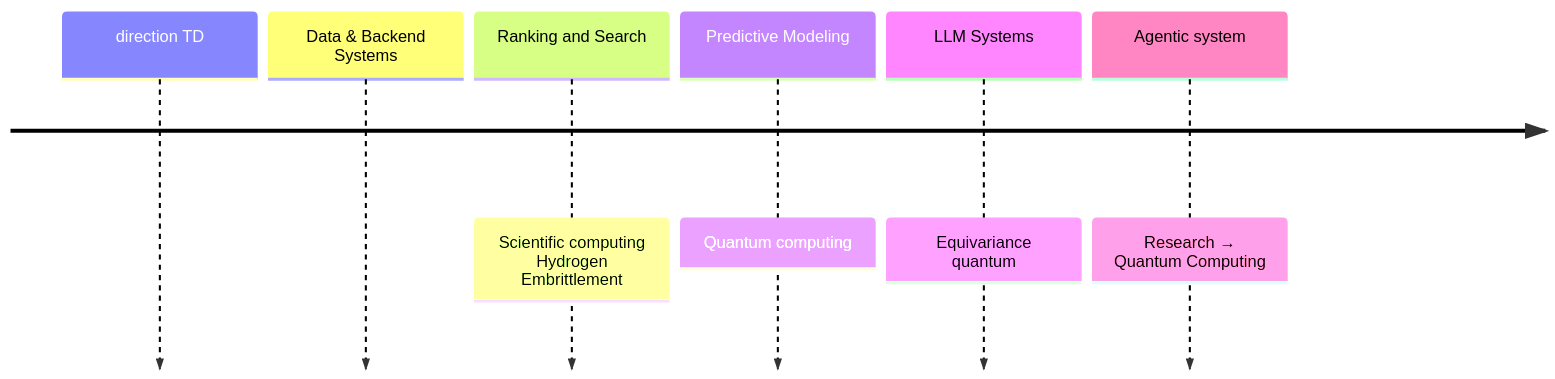
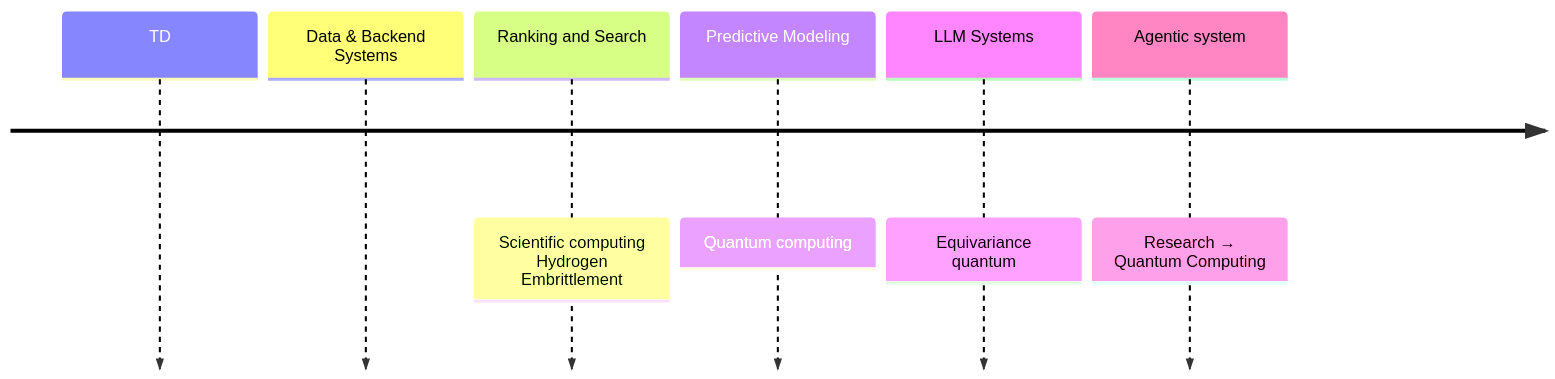
Before and after one commit to minhtriet/minhtriet.github.io: the diagram in _pages/about.md, drawn with Mermaid.

Commit message:
Change timeline direction to TD in about.md
Updated timeline direction in about.md to TD.

```diff
--- a/_pages/about.md
+++ b/_pages/about.md
@@ -7,9 +7,9 @@
 <pre class="mermaid">
 timeline
-	direction TD
+	TD
     Data & Backend Systems
     Ranking and Search : Scientific computing Hydrogen Embrittlement
     Predictive Modeling : Quantum computing
     LLM Systems : Equivariance quantum
     Agentic system : Research → Quantum Computing
 </pre>
```
